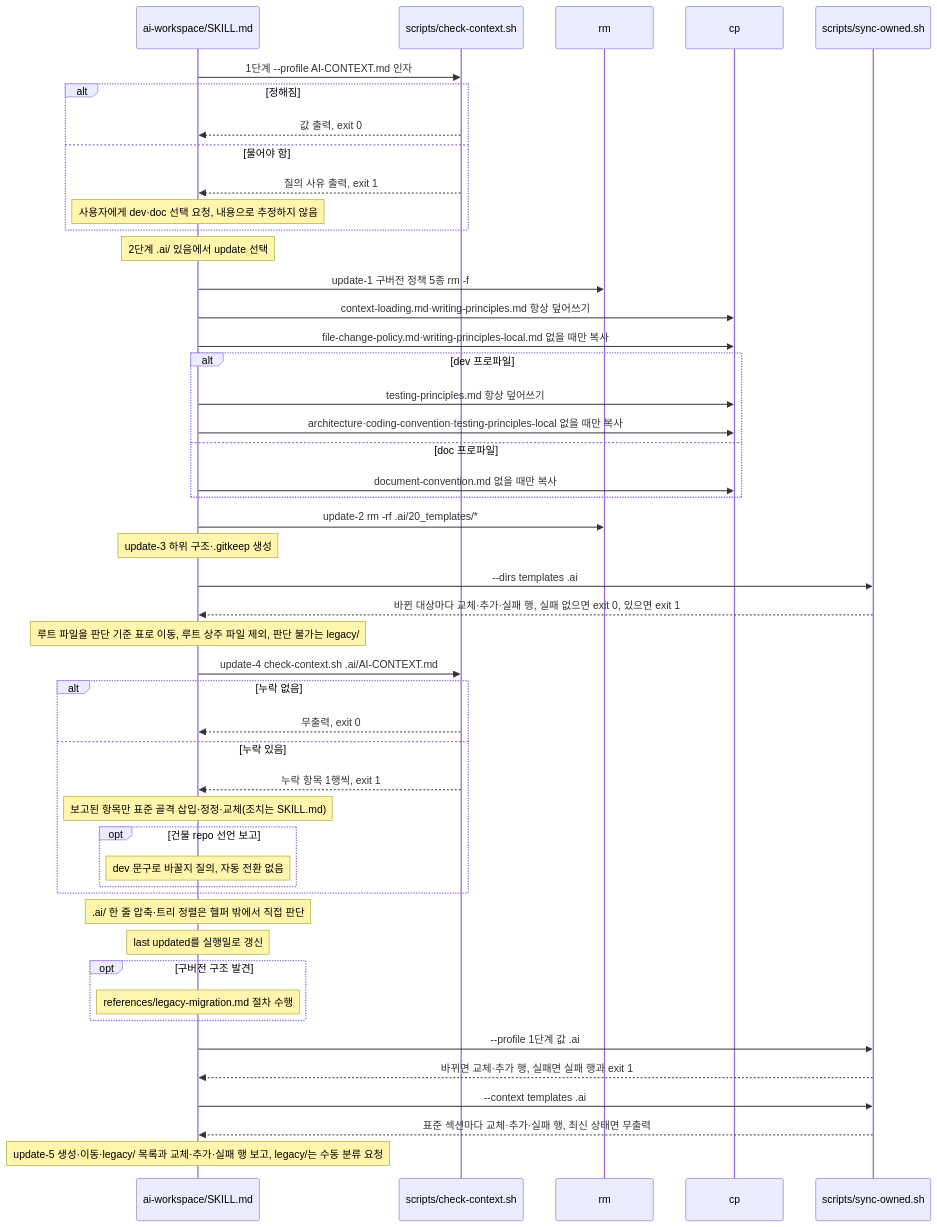
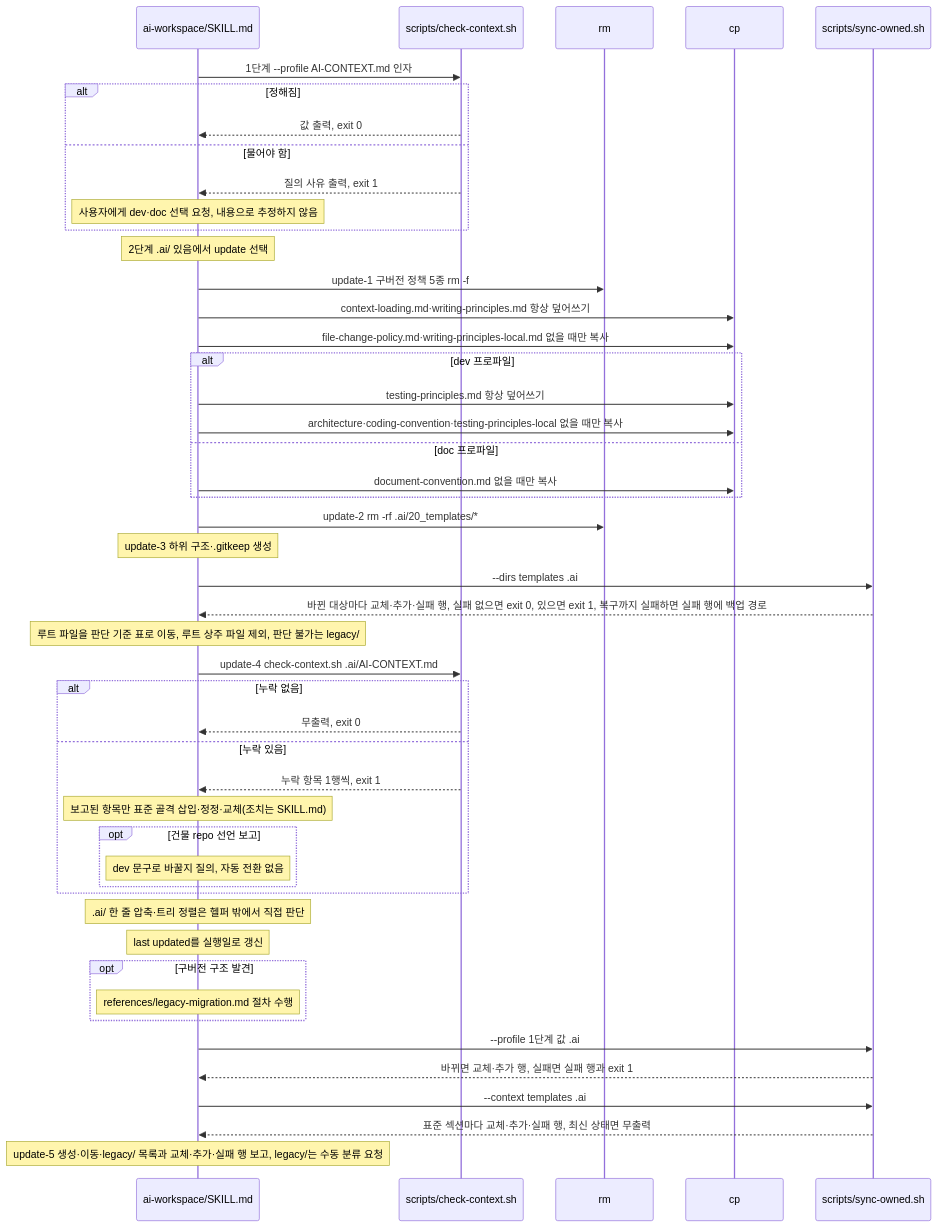
Before and after one commit to scroogy-dev/scroogy-agent-skills: the diagram in .ai/60_codebase/ai-workspace/update-call-flow.md, drawn with Mermaid. The commit also changed other lines of this file and 1 other file, not shown here.

````diff
--- a/.ai/60_codebase/ai-workspace/update-call-flow.md
+++ b/.ai/60_codebase/ai-workspace/update-call-flow.md
@@ -45,51 +45,51 @@
 ```mermaid
 sequenceDiagram
     participant SK as ai-workspace/SKILL.md
     participant CC as scripts/check-context.sh
     participant RM as rm
     participant CP as cp
     participant SO as scripts/sync-owned.sh
 
     SK->>CC: 1단계 --profile AI-CONTEXT.md 인자
     alt 정해짐
         CC-->>SK: 값 출력, exit 0
     else 물어야 함
         CC-->>SK: 질의 사유 출력, exit 1
         Note over SK: 사용자에게 dev·doc 선택 요청, 내용으로 추정하지 않음
     end
     Note over SK: 2단계 .ai/ 있음에서 update 선택
     SK->>RM: update-1 구버전 정책 5종 rm -f
     SK->>CP: context-loading.md·writing-principles.md 항상 덮어쓰기
     SK->>CP: file-change-policy.md·writing-principles-local.md 없을 때만 복사
     alt dev 프로파일
         SK->>CP: testing-principles.md 항상 덮어쓰기
         SK->>CP: architecture·coding-convention·testing-principles-local 없을 때만 복사
     else doc 프로파일
         SK->>CP: document-convention.md 없을 때만 복사
     end
     SK->>RM: update-2 rm -rf .ai/20_templates/*
     Note over SK: update-3 하위 구조·.gitkeep 생성
     SK->>SO: --dirs templates .ai
-    SO-->>SK: 바뀐 대상마다 교체·추가·실패 행, 실패 없으면 exit 0, 있으면 exit 1
+    SO-->>SK: 바뀐 대상마다 교체·추가·실패 행, 실패 없으면 exit 0, 있으면 exit 1, 복구까지 실패하면 실패 행에 백업 경로
     Note over SK: 루트 파일을 판단 기준 표로 이동, 루트 상주 파일 제외, 판단 불가는 legacy/
     SK->>CC: update-4 check-context.sh .ai/AI-CONTEXT.md
     alt 누락 없음
         CC-->>SK: 무출력, exit 0
     else 누락 있음
         CC-->>SK: 누락 항목 1행씩, exit 1
         Note over SK: 보고된 항목만 표준 골격 삽입·정정·교체(조치는 SKILL.md)
         opt 건물 repo 선언 보고
             Note over SK: dev 문구로 바꿀지 질의, 자동 전환 없음
         end
     end
     Note over SK: .ai/ 한 줄 압축·트리 정렬은 헬퍼 밖에서 직접 판단
     Note over SK: last updated를 실행일로 갱신
     opt 구버전 구조 발견
         Note over SK: references/legacy-migration.md 절차 수행
     end
     SK->>SO: --profile 1단계 값 .ai
     SO-->>SK: 바뀌면 교체·추가 행, 실패면 실패 행과 exit 1
     SK->>SO: --context templates .ai
     SO-->>SK: 표준 섹션마다 교체·추가·실패 행, 최신 상태면 무출력
     Note over SK: update-5 생성·이동·legacy/ 목록과 교체·추가·실패 행 보고, legacy/는 수동 분류 요청
 ```
````
